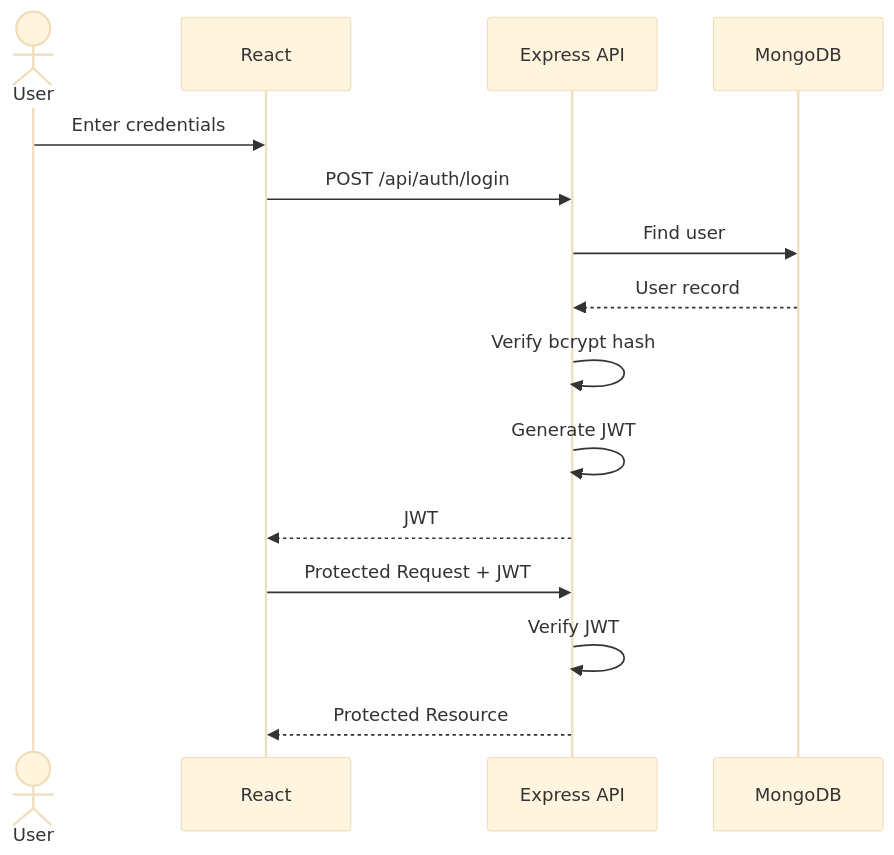
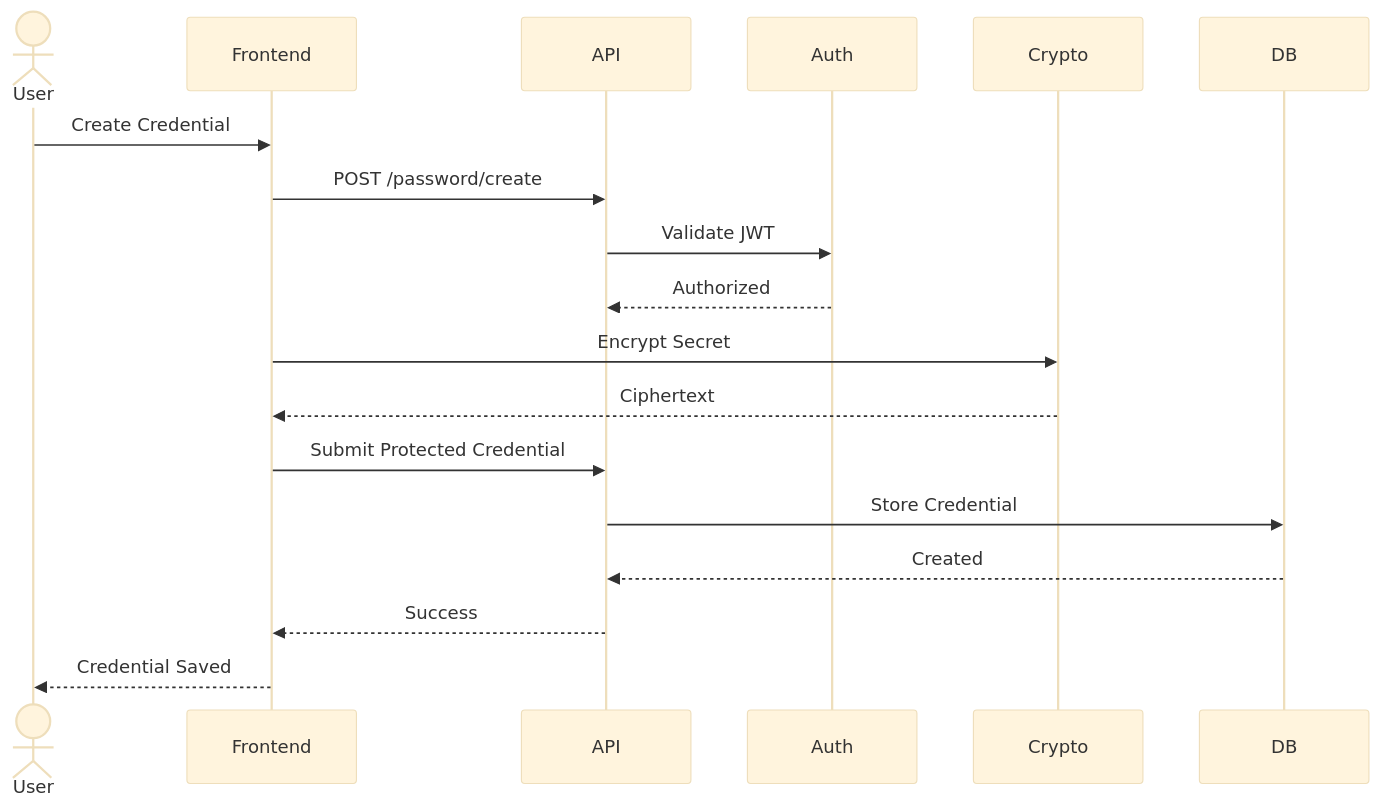
Before and after one commit to sanchit037nit/random-pass: the fourth of 9 diagrams in README.md, drawn with Mermaid (base theme). The commit also changed other lines of this file, not shown here.

````diff
--- a/README.md
+++ b/README.md
@@ -424,28 +857,32 @@
 ```mermaid
 sequenceDiagram
 
     actor User
-    participant Client as React
-    participant API as Express API
-    participant DB as MongoDB
+    participant Frontend
+    participant API
+    participant Auth
+    participant Crypto
+    participant DB
 
-    User->>Client: Enter credentials
+    User->>Frontend: Create Credential
 
-    Client->>API: POST /api/auth/login
+    Frontend->>API: POST /password/create
 
-    API->>DB: Find user
+    API->>Auth: Validate JWT
 
-    DB-->>API: User record
+    Auth-->>API: Authorized
 
-    API->>API: Verify bcrypt hash
+    Frontend->>Crypto: Encrypt Secret
 
-    API->>API: Generate JWT
+    Crypto-->>Frontend: Ciphertext
 
-    API-->>Client: JWT
+    Frontend->>API: Submit Protected Credential
 
-    Client->>API: Protected Request + JWT
+    API->>DB: Store Credential
 
-    API->>API: Verify JWT
+    DB-->>API: Created
 
-    API-->>Client: Protected Resource
+    API-->>Frontend: Success
+
+    Frontend-->>User: Credential Saved
 ```
````
